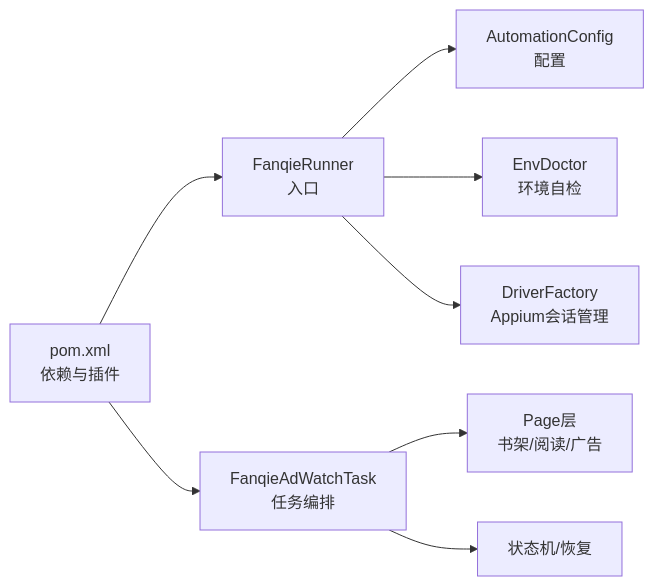
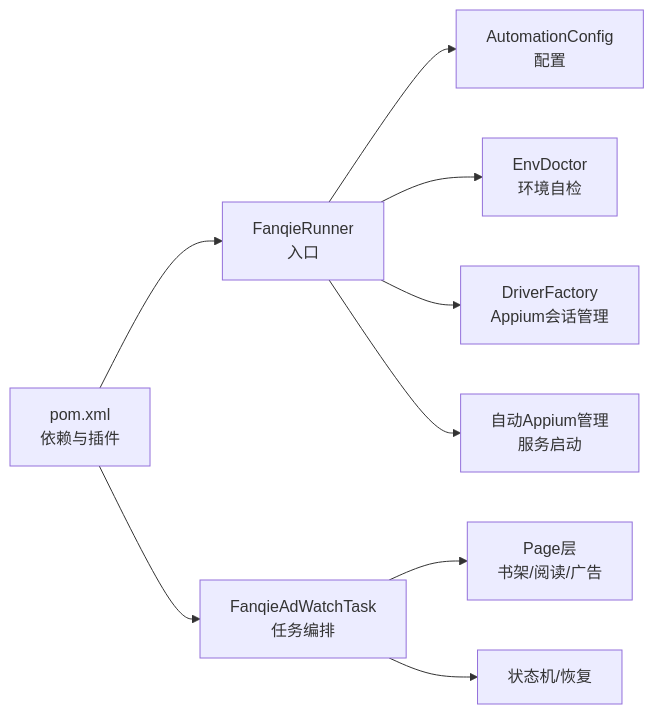
The fifth of 5 diagrams in .qoder/repowiki/zh/content/快速开始.md (silencelabsk/jiulouyu), drawn with Mermaid before and after one commit. The commit also changed other lines of this file and 30 other files, not shown here.

````diff
--- a/.qoder/repowiki/zh/content/快速开始.md
+++ b/.qoder/repowiki/zh/content/快速开始.md
@@ -224,10 +260,11 @@
 ```mermaid
 graph LR
 POM["pom.xml<br/>依赖与插件"] --> RUN["FanqieRunner<br/>入口"]
 POM --> TASK["FanqieAdWatchTask<br/>任务编排"]
 RUN --> CFG["AutomationConfig<br/>配置"]
 RUN --> DOC["EnvDoctor<br/>环境自检"]
 RUN --> DF["DriverFactory<br/>Appium会话管理"]
+RUN --> ASM["自动Appium管理<br/>服务启动"]
 TASK --> PAGE["Page层<br/>书架/阅读/广告"]
 TASK --> SM["状态机/恢复"]
 ```
````
